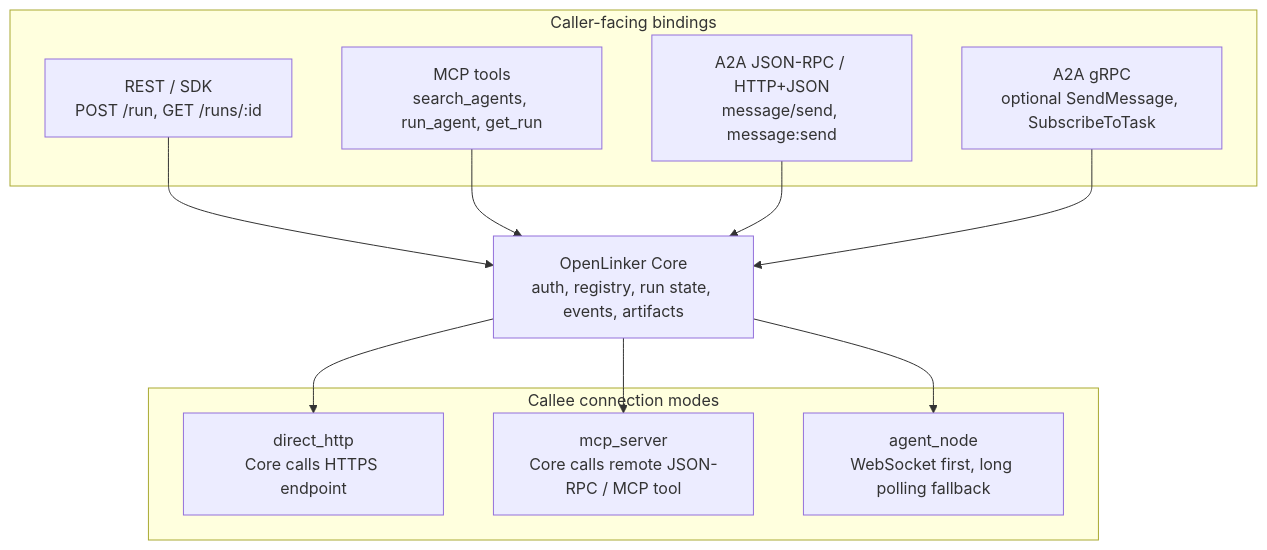
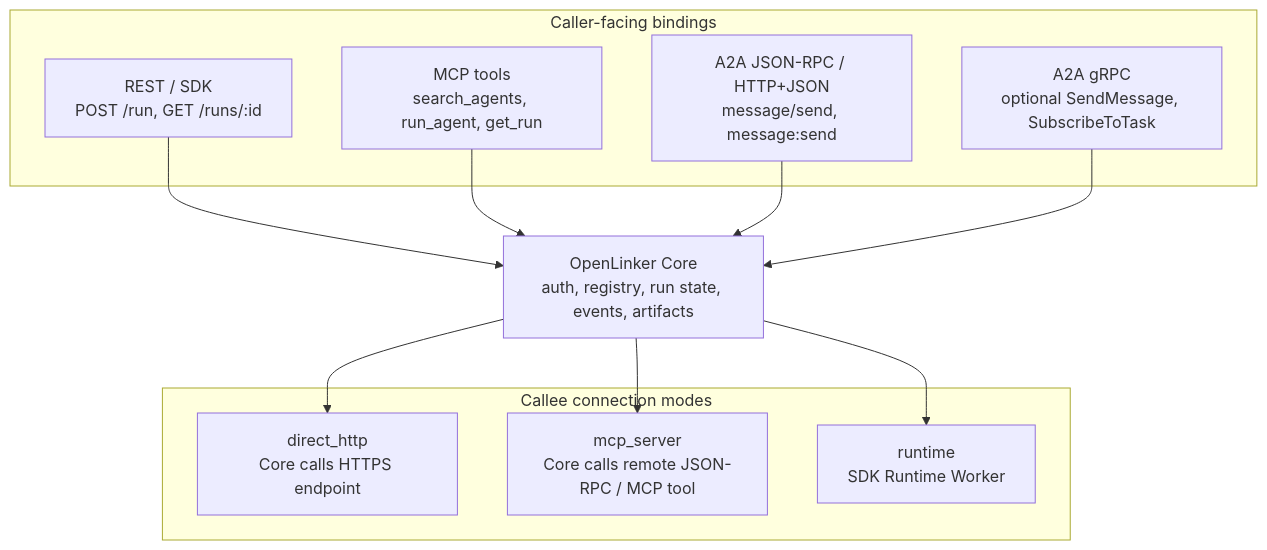
One commit to Frank-svg-dev/openlinker-core changed the second of 2 diagrams in README.md. Above: the diagram before and after it, drawn with Mermaid. The commit also changed other lines of this file and 117 other files, not shown here.

Commit message:
refactor(runtime)!: make SDK worker the canonical boundary

````diff
--- a/README.md
+++ b/README.md
@@ -315,26 +319,26 @@
 ```mermaid
 flowchart TB
   subgraph CallerBindings["Caller-facing bindings"]
     REST["REST / SDK<br/>POST /run, GET /runs/:id"]
     MCP["MCP tools<br/>search_agents, run_agent, get_run"]
     A2AHTTP["A2A JSON-RPC / HTTP+JSON<br/>message/send, message:send"]
     A2AGRPC["A2A gRPC<br/>optional SendMessage, SubscribeToTask"]
   end
 
   Core["OpenLinker Core<br/>auth, registry, run state, events, artifacts"]
 
   REST --> Core
   MCP --> Core
   A2AHTTP --> Core
   A2AGRPC --> Core
 
   subgraph CalleeModes["Callee connection modes"]
     Direct["direct_http<br/>Core calls HTTPS endpoint"]
     MCPServer["mcp_server<br/>Core calls remote JSON-RPC / MCP tool"]
-    AgentNode["agent_node<br/>WebSocket first, long polling fallback"]
+    RuntimeWorker["runtime<br/>SDK Runtime Worker"]
   end
 
   Core --> Direct
   Core --> MCPServer
-  Core --> AgentNode
+  Core --> RuntimeWorker
 ```
````
